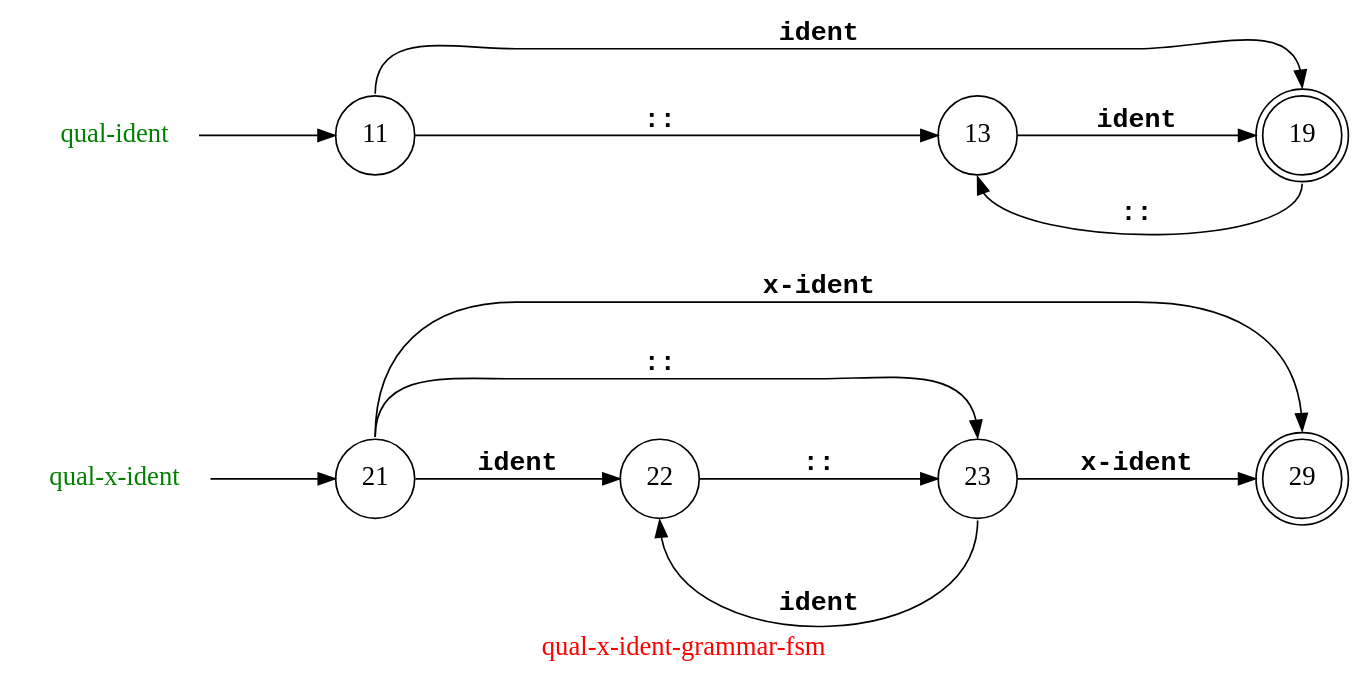
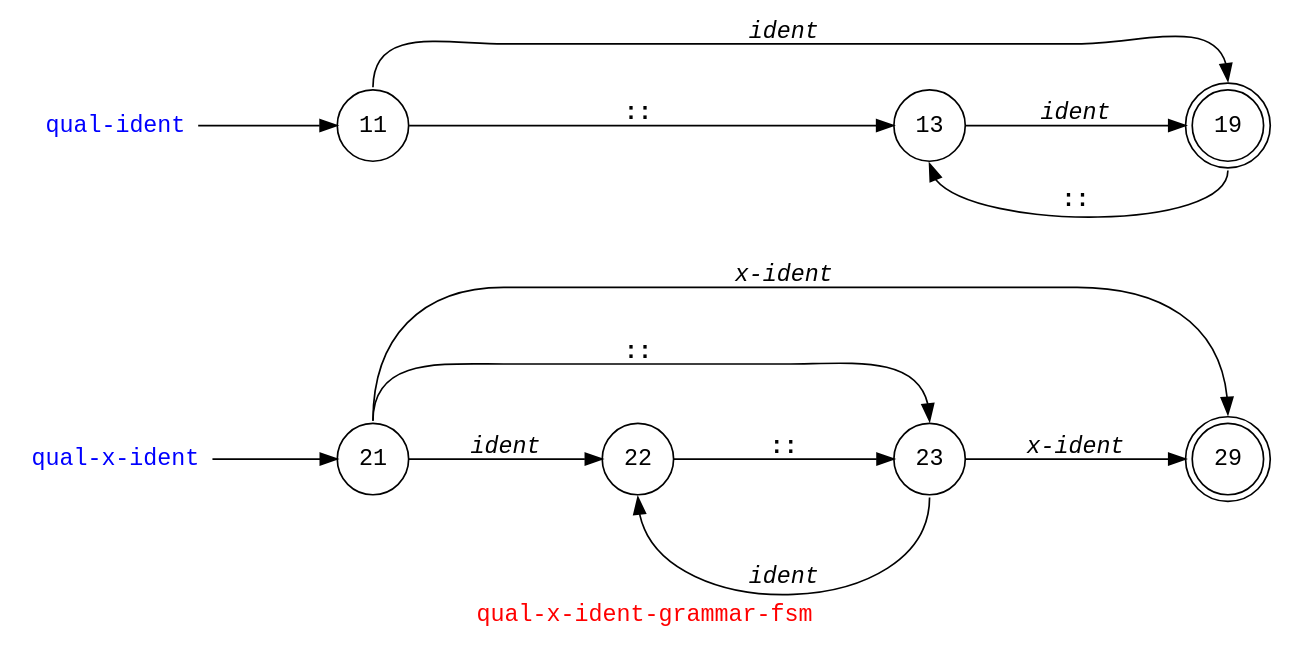
Before and after one commit to Ayyzee/dakota: the diagram in doc/qual-x-ident-grammar-fsm.dot, drawn with Graphviz.

Commit message:
More minor layout changes.

```diff
--- a/doc/qual-x-ident-grammar-fsm.dot
+++ b/doc/qual-x-ident-grammar-fsm.dot
@@ -1,54 +1,54 @@
 // Copyright (C) 2007 - 2015 Robert Nielsen <robert@dakota.org>
 //
 // Licensed under the Apache License, Version 2.0 (the "License");
 // you may not use this file except in compliance with the License.
 // You may obtain a copy of the License at
 //
 //      http://www.apache.org/licenses/LICENSE-2.0
 //
 // Unless required by applicable law or agreed to in writing, software
 // distributed under the License is distributed on an "AS IS" BASIS,
 // WITHOUT WARRANTIES OR CONDITIONS OF ANY KIND, either express or implied.
 // See the License for the specific language governing permissions and
 // limitations under the License.
 
 digraph "qual-x-ident-grammar-fsm"
 {
-  graph [ label = "\G", fontcolor = red, fontsize = 16,
+  graph [ label = "\G", fontname = "Courier", fontcolor = red, fontsize = 14,
           rankdir = LR,
           center = true,
           //size = "7.5,10", page = "8.5,11",
           ];
-  node [ shape = circle, width = 0.6, fontsize = 16 ];
-  //node [ label = "", width = 0.3 ]; // comment out this line if you want the node names displayed
+  node [ shape = circle, fontname = "Courier", fontsize = 14 ];
+  //node [ label = "" ]; // comment out this line if you want the node names displayed
 
   // on OS X/darwin it wants Courier-Bold and Courier-Oblique
-  edge [ fontname = "Courier-Bold", minlen = 2, fontsize = 16 ];
+  edge [ fontname = "Courier-Oblique", minlen = 2, fontsize = 14 ];
 
   20 -> 21;
-  20 [ label = "qual-x-ident", shape = none, fontcolor = green ];
+  20 [ label = "qual-x-ident", shape = none, fontcolor = blue ];
   21 -> 22 [ label = "ident", weight = 4 ];
-  21 -> 23 [ label = "::", tailport = n, headport = n ];
+  21 -> 23 [ label = "::", fontname = "Courier-Bold", tailport = n, headport = n ];
   21 -> 29 [ label = "x-ident", tailport = n, headport = n ];
-  22 -> 23 [ label = "::", weight = 4 ];
+  22 -> 23 [ label = "::", fontname = "Courier-Bold", weight = 4 ];
   23 -> 22 [ label = "ident", tailport = s, headport = s ];
   23 -> 29 [ label = "x-ident", weight = 4 ];
   29 [ shape = doublecircle ];
   
   10 -> 11;
-  10 [ label = "qual-ident", shape = none, fontcolor = green ];
-  11 -> 13 [ label = "::" , weight = 4 ];
+  10 [ label = "qual-ident", shape = none, fontcolor = blue ];
+  11 -> 13 [ label = "::", fontname = "Courier-Bold", weight = 4 ];
   11 -> 19 [ label = "ident", tailport = n, headport = n ];
   13 -> 19 [ label = "ident", weight = 4 ];
-  19 -> 13 [ label = "::", tailport = s, headport = s ];
+  19 -> 13 [ label = "::", fontname = "Courier-Bold", tailport = s, headport = s ];
   19 [ shape = doublecircle ];
 
   subgraph { rank = same; 11; 21 }
   subgraph { rank = same; 19; 29 }
 
   subgraph { rank = source; 10; }
   subgraph { rank = sink;   19; }
 
   subgraph { rank = source; 20; }
   subgraph { rank = sink;   29; }
 }
```
